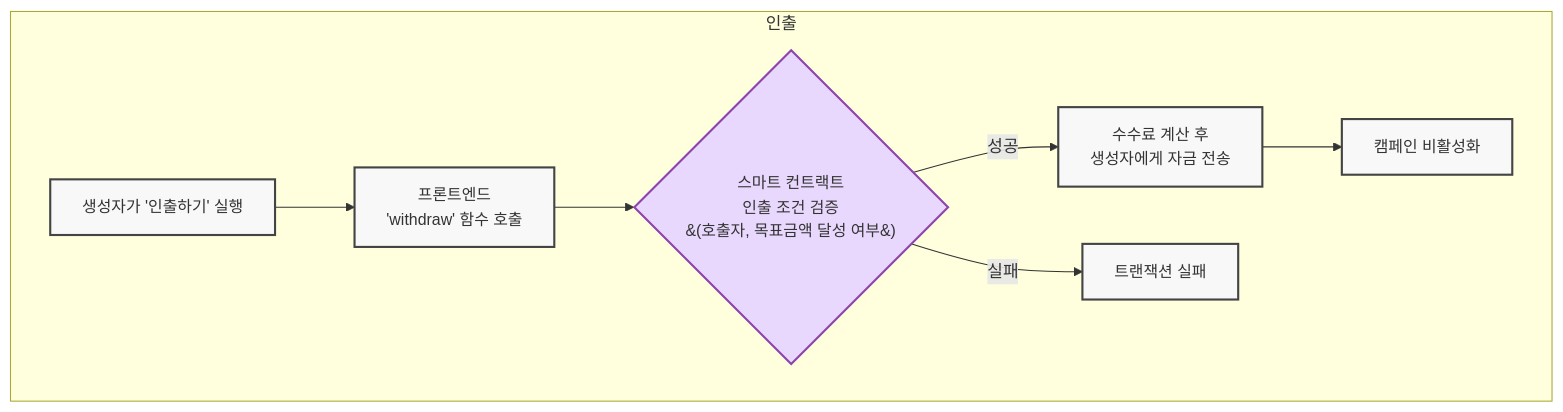
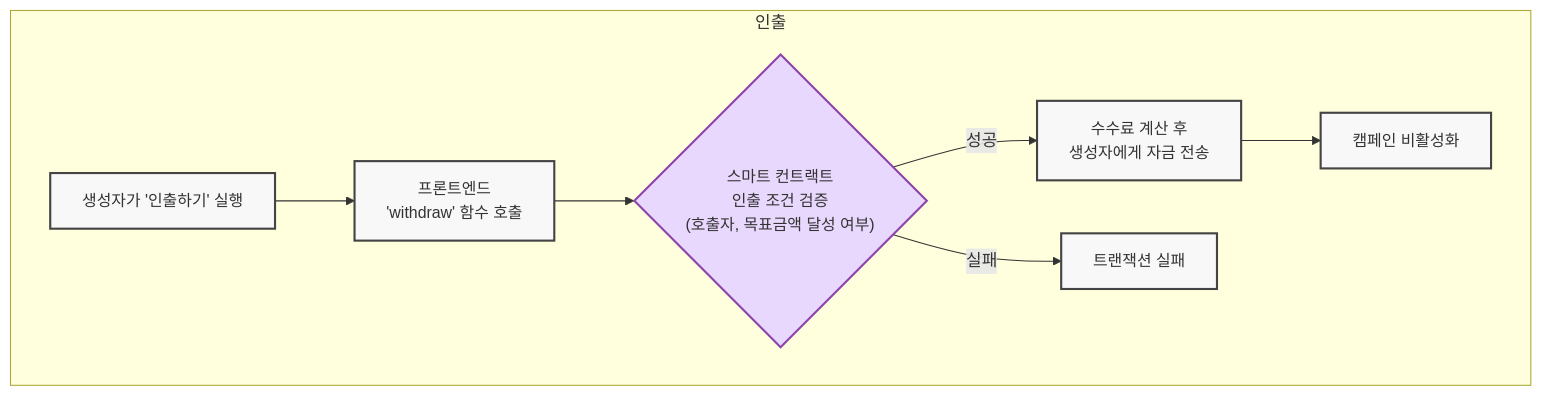
The third of 3 diagrams in 2025-Blockthon.md (dolf3131/2025-Blockthon), drawn with Mermaid before and after one commit.

````diff
--- a/2025-Blockthon.md
+++ b/2025-Blockthon.md
@@ -51,18 +51,18 @@
 ```mermaid
 graph TD
     subgraph "인출"
         A[생성자가 '인출하기' 실행] --> B[프론트엔드<br/>'withdraw' 함수 호출];
-        B --> C{스마트 컨트랙트<br/>인출 조건 검증<br/>&#40;호출자, 목표금액 달성 여부&#41;};
+        B --> C{스마트 컨트랙트<br/>인출 조건 검증<br/>#40;호출자, 목표금액 달성 여부#41;};
         C -- 성공 --> D[수수료 계산 후<br/>생성자에게 자금 전송];
         D --> E[캠페인 비활성화];
         C -- 실패 --> F[트랜잭션 실패];
     end
 
     %% --- 스타일 정의 ---
     classDef defaultNode fill:#f8f8f8,stroke:#444,stroke-width:2px,font-size:15px
     classDef conditionNode fill:#e9d8fd,stroke:#8e44ad,stroke-width:2px,font-size:15px
 
     %% --- 스타일 적용 ---
     class A,B,D,E,F defaultNode
     class C conditionNode
 ```
````
